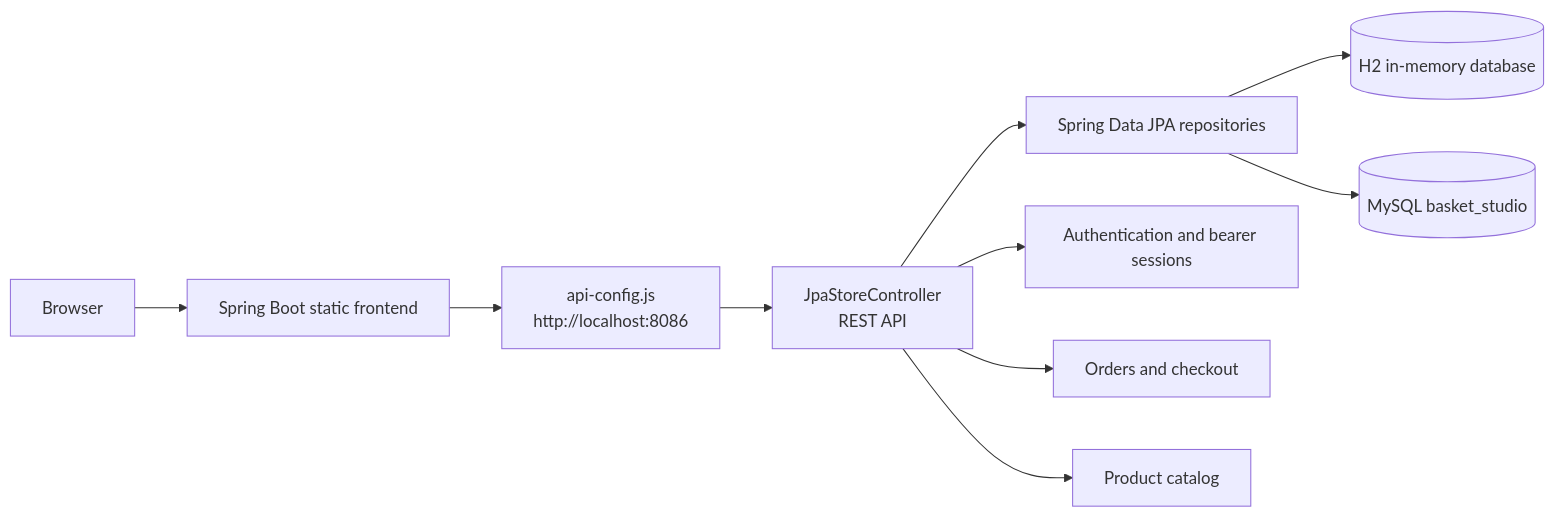
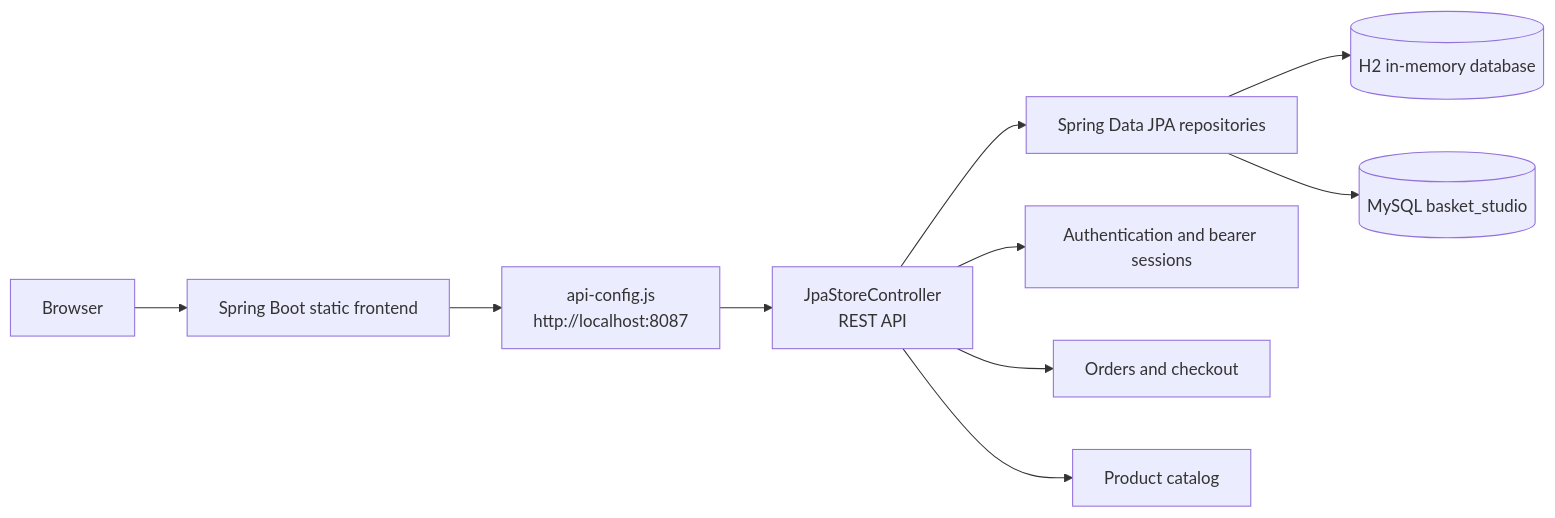
One commit to DuddeJaitej/BasketStudio-Ecommerce changed the diagram in README.md. Above: the diagram before and after it, drawn with Mermaid. The commit also changed other lines of this file and 6 other files, not shown here.

````diff
--- a/README.md
+++ b/README.md
@@ -269,12 +287,12 @@
 ```mermaid
 flowchart LR
   Browser[Browser] --> Static[Spring Boot static frontend]
-  Static --> ApiConfig[api-config.js\nhttp://localhost:8086]
+  Static --> ApiConfig[api-config.js\nhttp://localhost:8087]
   ApiConfig --> Controller[JpaStoreController\nREST API]
   Controller --> Repositories[Spring Data JPA repositories]
   Repositories --> H2[(H2 in-memory database)]
   Repositories --> MySQL[(MySQL basket_studio)]
   Controller --> Auth[Authentication and bearer sessions]
   Controller --> Orders[Orders and checkout]
   Controller --> Products[Product catalog]
 ```
````
